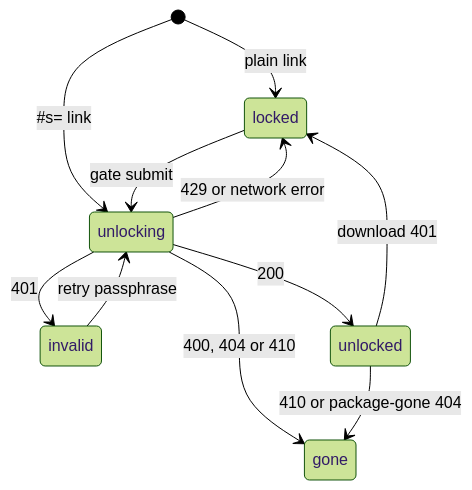
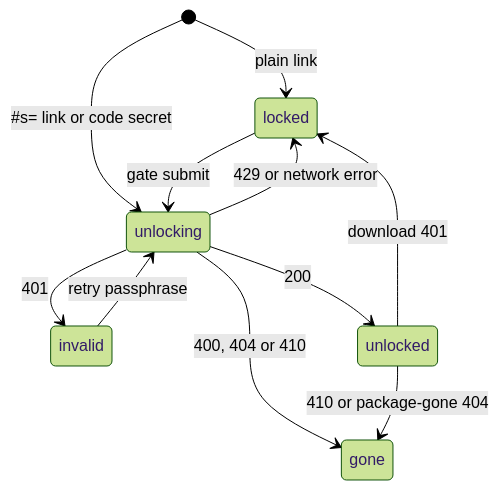
Before and after one commit to GrafZ3pp3lin/ShareIt: the second of 4 diagrams in docs/upload-download.md, drawn with Mermaid (forest theme). The commit also changed other lines of this file and 5 other files, not shown here.

````diff
--- a/docs/upload-download.md
+++ b/docs/upload-download.md
@@ -139,13 +213,13 @@
 ```mermaid
 stateDiagram-v2
     [*] --> locked: plain link
-    [*] --> unlocking: #s= link
+    [*] --> unlocking: #s= link or code secret
     locked --> unlocking: gate submit
     invalid --> unlocking: retry passphrase
     unlocking --> unlocked: 200
     unlocking --> invalid: 401
     unlocking --> gone: 400, 404 or 410
     unlocking --> locked: 429 or network error
     unlocked --> locked: download 401
     unlocked --> gone: 410 or package-gone 404
 ```
````
